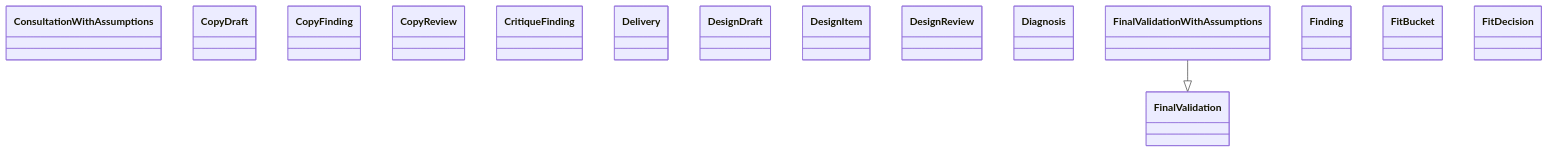
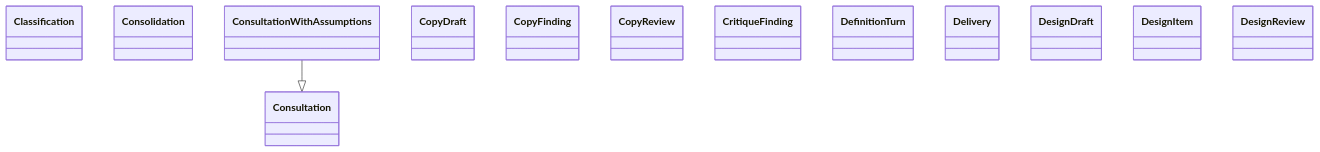
The diagram in docs/architecture/generated/classes-process-domain-roles-2.md (GonzaloZevallos/agentic-system), drawn with Mermaid before and after one commit. The commit also changed other lines of this file and 46 other files, not shown here.

````diff
--- a/docs/architecture/generated/classes-process-domain-roles-2.md
+++ b/docs/architecture/generated/classes-process-domain-roles-2.md
@@ -28,19 +29,17 @@
 ```mermaid
 classDiagram
+    class schemas__Classification["Classification"]
+    class schemas__Consolidation["Consolidation"]
+    class schemas__Consultation["Consultation"]
     class schemas__ConsultationWithAssumptions["ConsultationWithAssumptions"]
     class schemas__CopyDraft["CopyDraft"]
     class schemas__CopyFinding["CopyFinding"]
     class schemas__CopyReview["CopyReview"]
     class schemas__CritiqueFinding["CritiqueFinding"]
+    class schemas__DefinitionTurn["DefinitionTurn"]
     class schemas__Delivery["Delivery"]
     class schemas__DesignDraft["DesignDraft"]
     class schemas__DesignItem["DesignItem"]
     class schemas__DesignReview["DesignReview"]
-    class schemas__Diagnosis["Diagnosis"]
-    class schemas__FinalValidation["FinalValidation"]
-    class schemas__FinalValidationWithAssumptions["FinalValidationWithAssumptions"]
-    class schemas__Finding["Finding"]
-    class schemas__FitBucket["FitBucket"]
-    class schemas__FitDecision["FitDecision"]
-    schemas__FinalValidationWithAssumptions --|> schemas__FinalValidation
+    schemas__ConsultationWithAssumptions --|> schemas__Consultation
 ```
````
